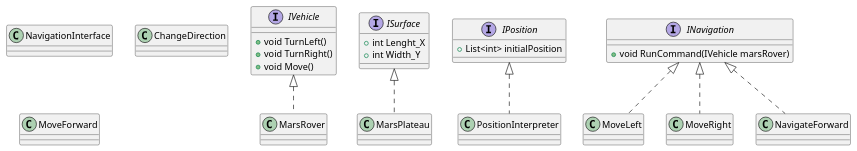
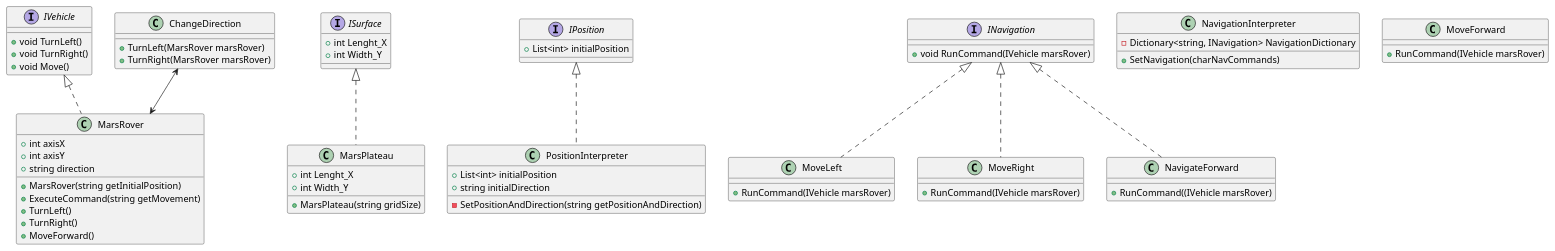
Before and after one commit to vahidkianfar/Mars-Rover-Project: the diagram in Mars-Rover-Project/UML-Diagram/MarsRover.puml, drawn with PlantUML.

Commit message:
Updated UML-Diagram.

```diff
--- a/Mars-Rover-Project/UML-Diagram/MarsRover.puml
+++ b/Mars-Rover-Project/UML-Diagram/MarsRover.puml
@@ -1,38 +1,79 @@
 @startuml "MarsRover-Kata-UML.png"
 
 interface IVehicle
 {
 + void TurnLeft()
 + void TurnRight()
 + void Move()
 }
 
 interface ISurface
 {
 + int Lenght_X
 + int Width_Y
 }
 
 interface IPosition
 {
 + List<int> initialPosition
 }
 
 interface INavigation
 {
 + void RunCommand(IVehicle marsRover)
 }
 
 class MarsRover implements IVehicle
+{
++ int axisX
++ int axisY
++ string direction
++ MarsRover(string getInitialPosition)
++ ExecuteCommand(string getMovement)
++ TurnLeft()
++ TurnRight()
++ MoveForward()
+}
 class MarsPlateau implements ISurface
+{
++ int Lenght_X
++ int Width_Y
++ MarsPlateau(string gridSize)
+}
 class MoveLeft implements INavigation
+{
++ RunCommand(IVehicle marsRover)
+}
+
 class MoveRight implements INavigation
+{
++ RunCommand(IVehicle marsRover)
+}
 class PositionInterpreter implements IPosition
+{
++ List<int> initialPosition
++ string initialDirection
+- SetPositionAndDirection(string getPositionAndDirection)
+}
+class NavigateForward implements INavigation
+{
++ RunCommand((IVehicle marsRover)
+}
+class NavigationInterpreter
+{
+- Dictionary<string, INavigation> NavigationDictionary
++ SetNavigation(charNavCommands)
+}
+class ChangeDirection
+{
++ TurnLeft(MarsRover marsRover)
++ TurnRight(MarsRover marsRover)
+}
 
-class NavigateForward implements INavigation
-class NavigationInterface
-class ChangeDirection
 class MoveForward
+{
++ RunCommand(IVehicle marsRover)
+}
 
-
+ChangeDirection <--> MarsRover
 @enduml
```
